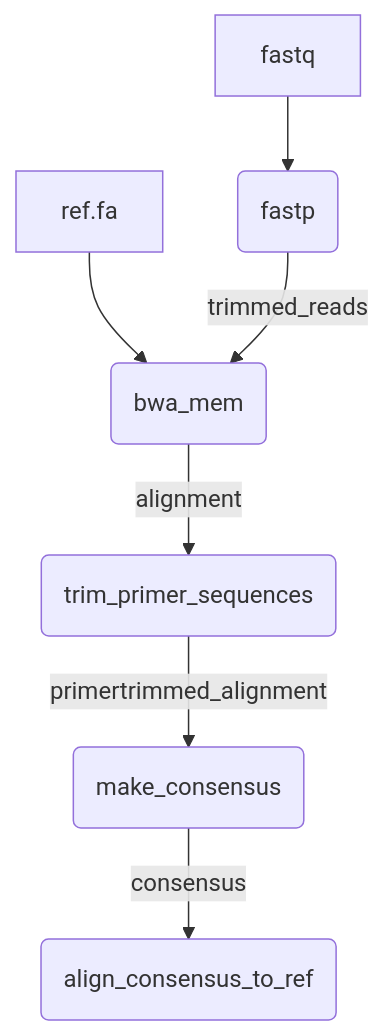
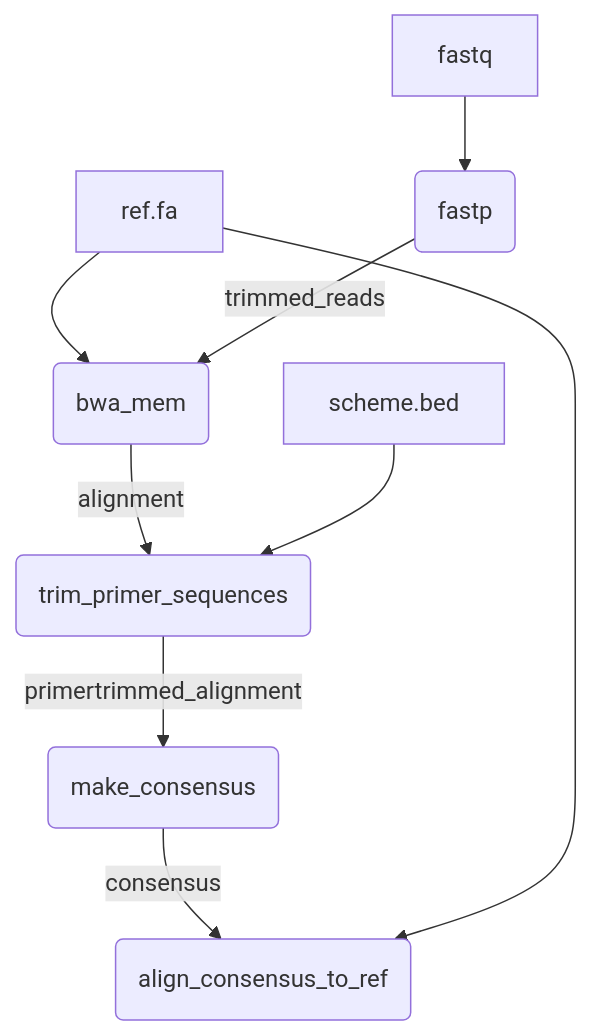
One commit to j3551ca/amplicon-consensus-syphilis changed the first of 2 diagrams in README.md. Above: the diagram before and after it, drawn with Mermaid. The commit also changed other lines of this file, not shown here.

Commit message:
Update pipeline diagrams

````diff
--- a/README.md
+++ b/README.md
@@ -13,11 +13,14 @@
 ```mermaid
 flowchart TD
   ref[ref.fa]
+  bed[scheme.bed]
   fastq[fastq]
   fastq --> fastp(fastp)
   ref --> bwa(bwa_mem)
   fastp -- trimmed_reads --> bwa
   bwa -- alignment --> trim_primer_seqs(trim_primer_sequences)
+  bed --> trim_primer_seqs
   trim_primer_seqs -- primertrimmed_alignment --> make_consensus(make_consensus)
   make_consensus -- consensus --> align_consensus_to_ref(align_consensus_to_ref)
+  ref --> align_consensus_to_ref
 ```
````
